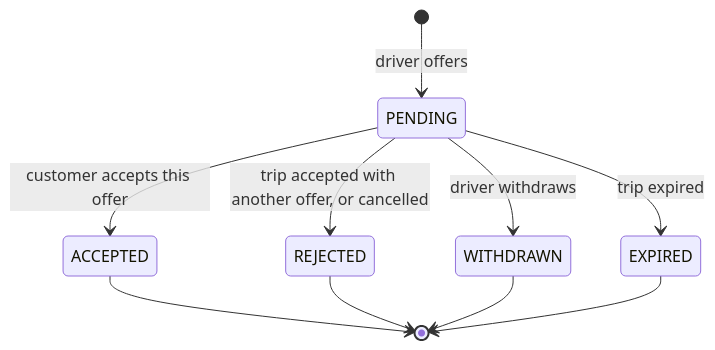
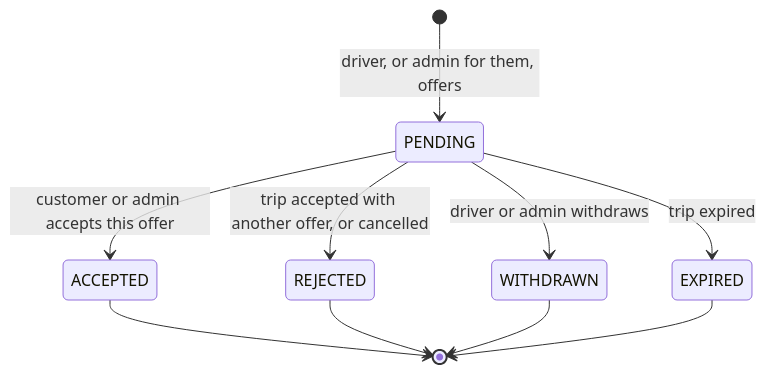
One commit to Mohammed-Taysser/masr3 changed the fourth of 10 diagrams in docs/services/trip-service.md. Above: the diagram before and after it, drawn with Mermaid. The commit also changed other lines of this file and 30 other files, not shown here.

````diff
--- a/docs/services/trip-service.md
+++ b/docs/services/trip-service.md
@@ -129,12 +133,12 @@
 ```mermaid
 stateDiagram-v2
-  [*] --> PENDING: driver offers
-  PENDING --> WITHDRAWN: driver withdraws
-  PENDING --> ACCEPTED: customer accepts this offer
+  [*] --> PENDING: driver, or admin for them, offers
+  PENDING --> WITHDRAWN: driver or admin withdraws
+  PENDING --> ACCEPTED: customer or admin accepts this offer
   PENDING --> REJECTED: trip accepted with another offer, or cancelled
   PENDING --> EXPIRED: trip expired
   ACCEPTED --> [*]
   REJECTED --> [*]
   WITHDRAWN --> [*]
   EXPIRED --> [*]
 ```
````
